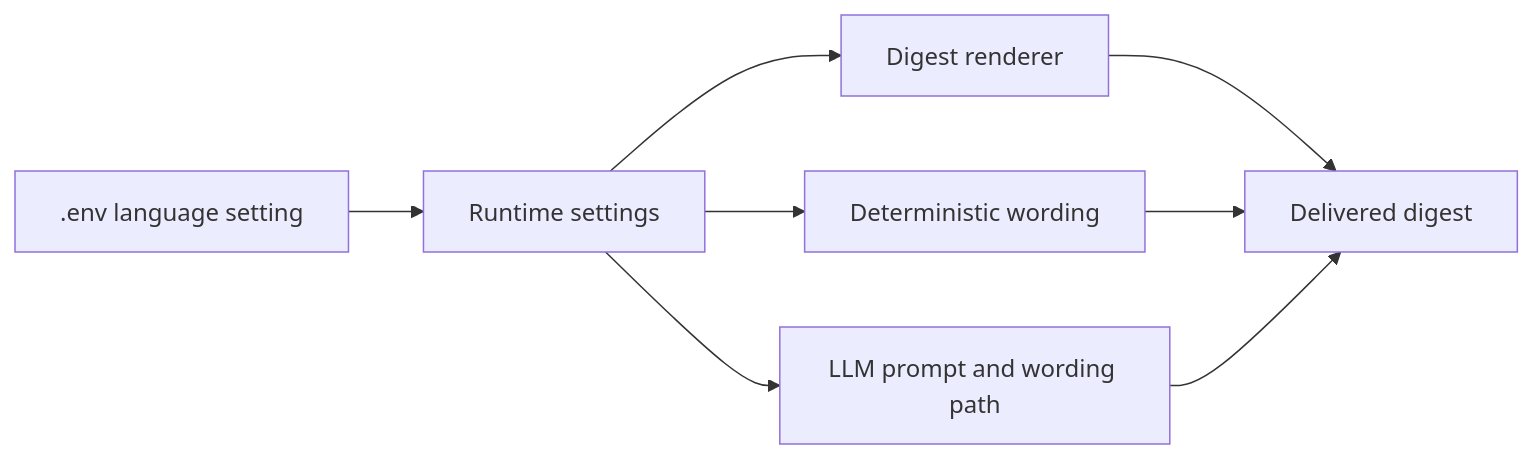
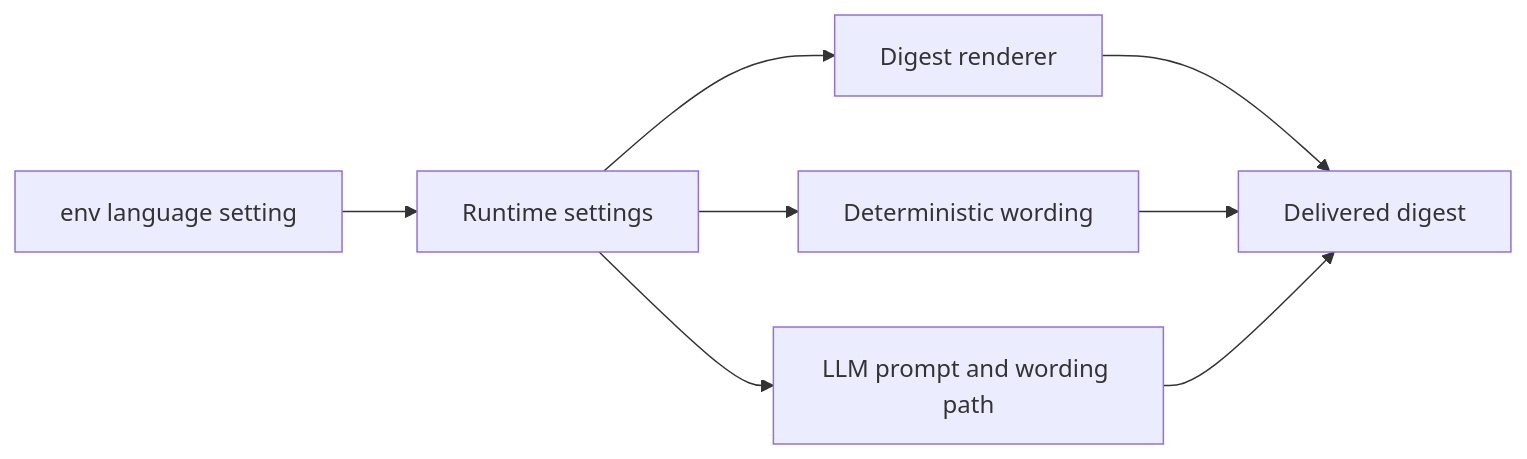
The diagram in logics/request/req_006_day_captain_digest_language_configuration.md (AlexAgo83/day-captain), drawn with Mermaid before and after one commit. The commit also changed 40 other files, not shown here.

Commit message:
Normalize Logics Mermaid diagrams

````diff
--- a/logics/request/req_006_day_captain_digest_language_configuration.md
+++ b/logics/request/req_006_day_captain_digest_language_configuration.md
@@ -35,10 +35,10 @@
 ```mermaid
 flowchart LR
-    Env[.env language setting] --> Settings[Runtime settings]
+    Env[env language setting] --> Settings[Runtime settings]
     Settings --> Render[Digest renderer]
     Settings --> Fallback[Deterministic wording]
     Settings --> LLM[LLM prompt and wording path]
     Render --> User[Delivered digest]
     Fallback --> User
     LLM --> User
 ```
````
